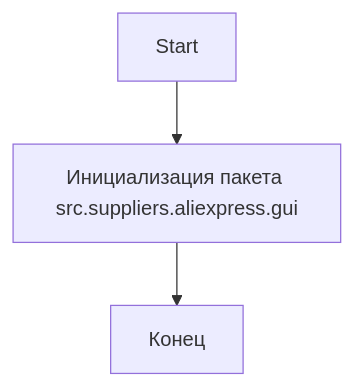
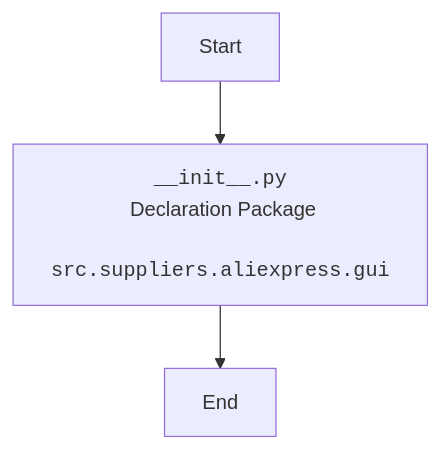
One commit to hypo69/hypo changed the diagram in docs/gemini/ru/explainer/src/suppliers/aliexpress/gui/__init__.py.md. Above: the diagram before and after it, drawn with Mermaid. The commit also changed other lines of this file and 1505 other files, not shown here.

````diff
--- a/docs/gemini/ru/explainer/src/suppliers/aliexpress/gui/__init__.py.md
+++ b/docs/gemini/ru/explainer/src/suppliers/aliexpress/gui/__init__.py.md
@@ -23,5 +23,5 @@
 ```mermaid
 flowchart TD
-    Start --> PackageInit[Инициализация пакета src.suppliers.aliexpress.gui];
-    PackageInit --> End[Конец];
+    Start --> PackageDeclaration[<code>__init__.py</code><br>  Declaration Package <br> <code>src.suppliers.aliexpress.gui</code>]
+    PackageDeclaration --> End[End]
 ```
````
